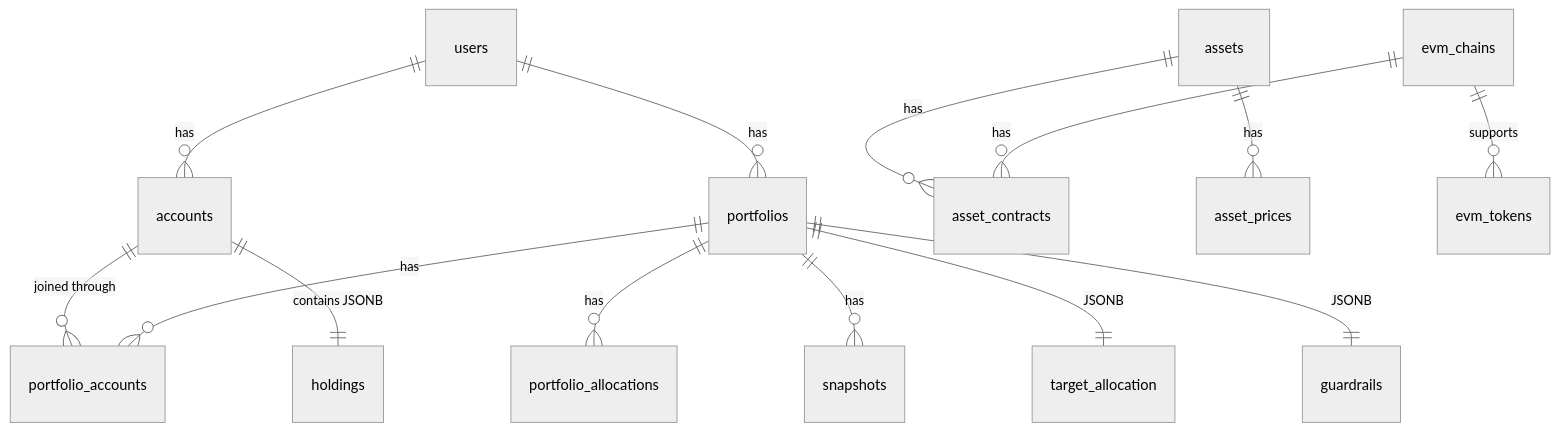
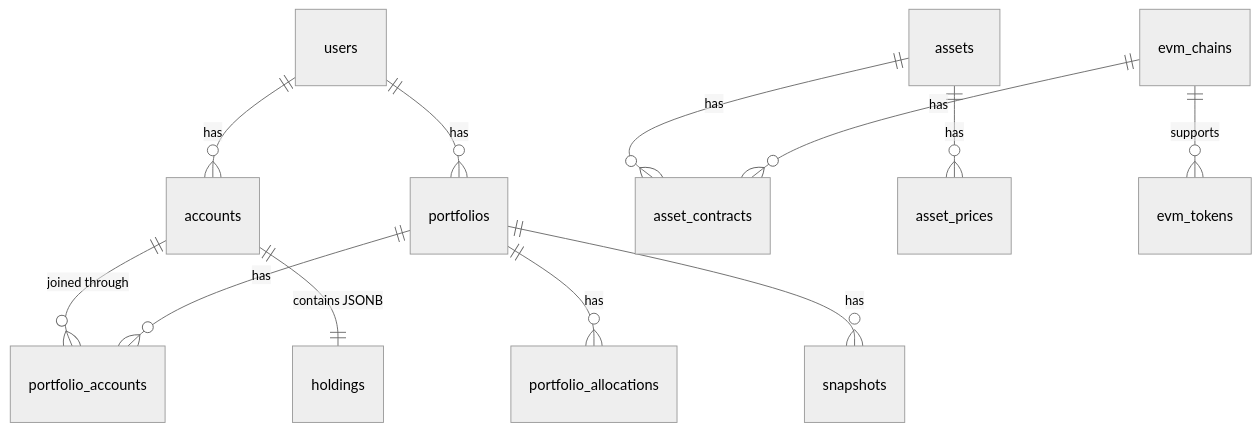
Before and after one commit to doitsu2014/crypto-pocket-butler: diagram 17 of 17 in docs/architecture/01-architecture-design.md, drawn with Mermaid (neutral theme). The commit also changed other lines of this file, not shown here.

Commit message:
docs: Fix Mermaid syntax errors for GitHub compatibility

````diff
--- a/docs/architecture/01-architecture-design.md
+++ b/docs/architecture/01-architecture-design.md
@@ -755,21 +514,18 @@
 ```mermaid
 erDiagram
     users ||--o{ accounts : "has"
     users ||--o{ portfolios : "has"
     accounts ||--o{ portfolio_accounts : "joined through"
     portfolios ||--o{ portfolio_accounts : "has"
     
     portfolios ||--o{ portfolio_allocations : "has"
     portfolios ||--o{ snapshots : "has"
     
     accounts ||--|| holdings : "contains JSONB"
     
     assets ||--o{ asset_contracts : "has"
     assets ||--o{ asset_prices : "has"
     
     evm_chains ||--o{ evm_tokens : "supports"
     evm_chains ||--o{ asset_contracts : "has"
-    
-    portfolios ||--|| target_allocation : "JSONB"
-    portfolios ||--|| guardrails : "JSONB"
 ```
````
